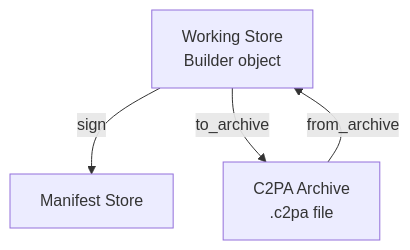
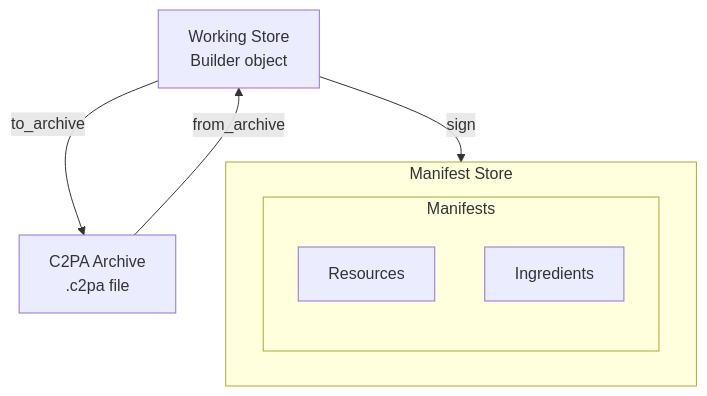
One commit to contentauth/c2pa-c changed the first of 2 diagrams in docs/working-stores.md. Above: the diagram before and after it, drawn with Mermaid. The commit also changed other lines of this file, not shown here.

Commit message:
Misc edits and add some more links, add a bit to Mermaid diagram

````diff
--- a/docs/working-stores.md
+++ b/docs/working-stores.md
@@ -52,6 +15,13 @@
 ```mermaid
 graph TD
-    A[Working Store<br/>Builder object] -->|sign| B[Manifest Store]
+    subgraph MS["Manifest Store"]
+        subgraph M1["Manifests"]
+            R1[Resources]
+            I1[Ingredients]
+        end
+    end
+
+    A[Working Store<br/>Builder object] -->|sign| MS
     A -->|to_archive| C[C2PA Archive<br/>.c2pa file]
     C -->|from_archive| A
 ```
````
